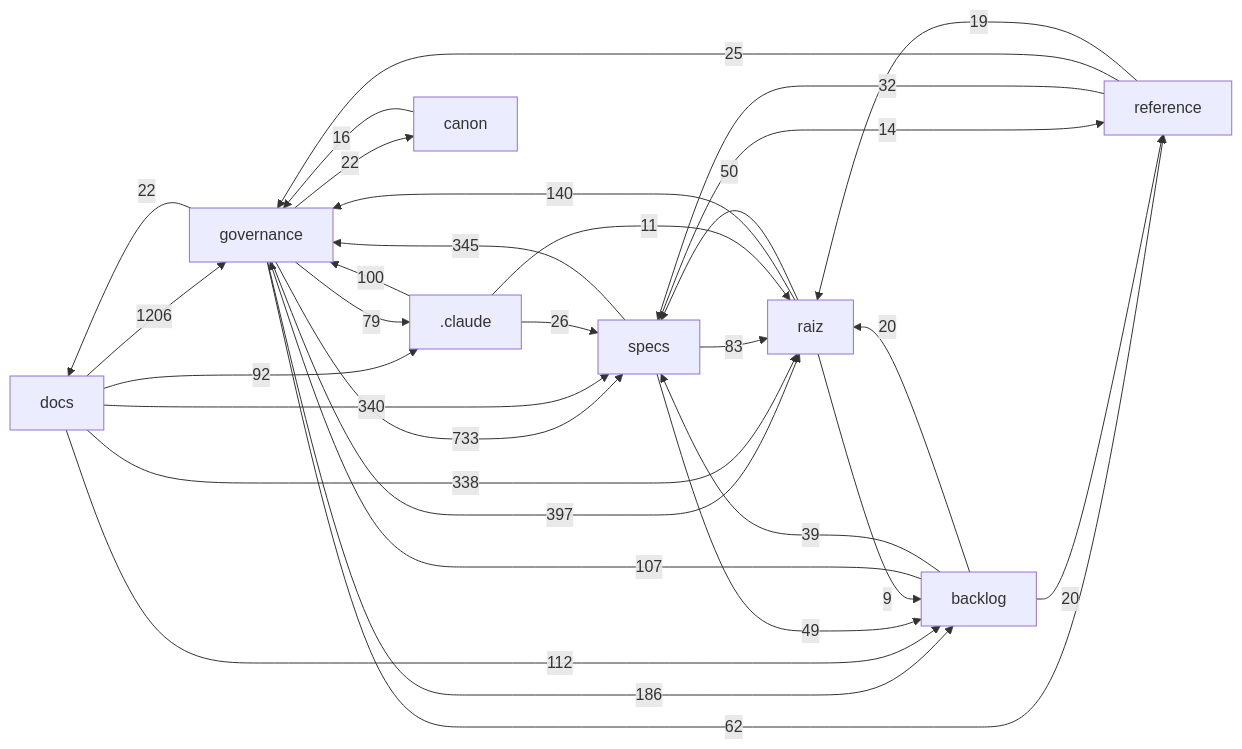
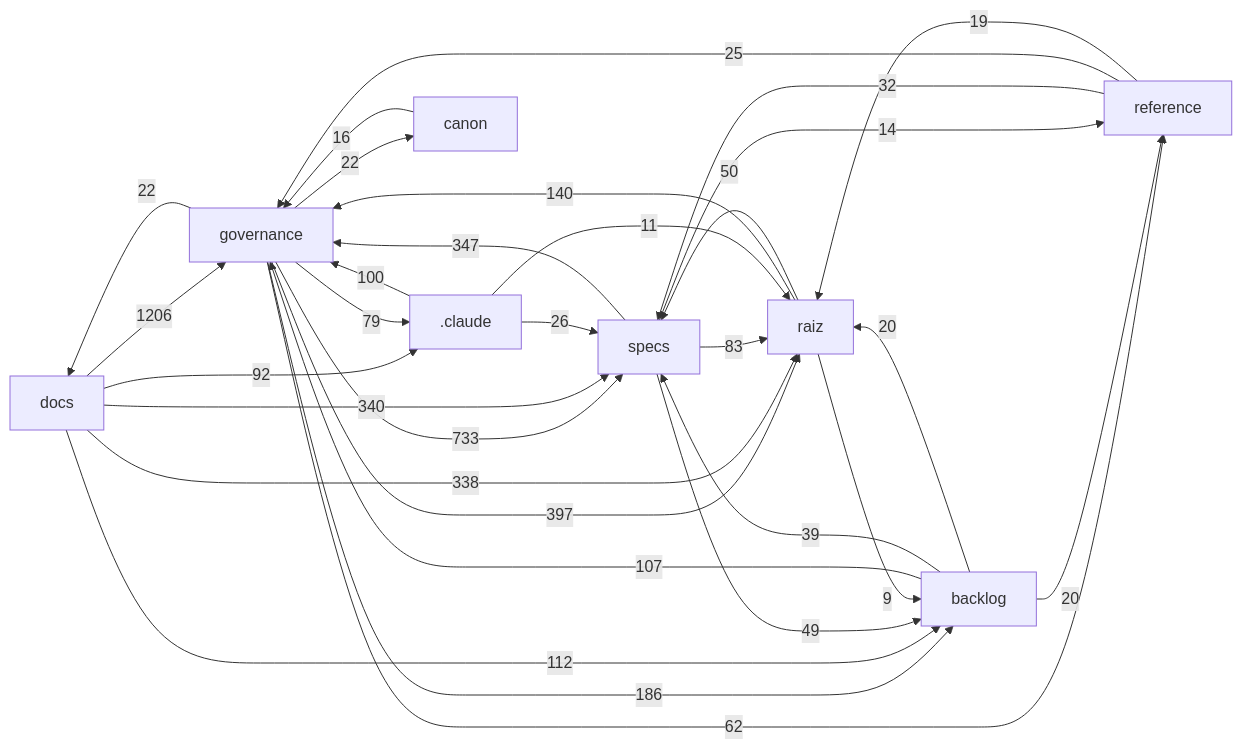
One commit to Andraus35/Sistema-Operacional-de-Trading--SOT changed the diagram in docs/mapa/MAPA-PROJETO.md. Above: the diagram before and after it, drawn with Mermaid. The commit also changed other lines of this file and 3 other files, not shown here.

````diff
--- a/docs/mapa/MAPA-PROJETO.md
+++ b/docs/mapa/MAPA-PROJETO.md
@@ -29,33 +29,33 @@
 ```mermaid
 flowchart LR
   docs["docs"] -->|1206| governance["governance"]
   governance["governance"] -->|733| specs["specs"]
   governance["governance"] -->|397| raiz["raiz"]
-  specs["specs"] -->|345| governance["governance"]
+  specs["specs"] -->|347| governance["governance"]
   docs["docs"] -->|340| specs["specs"]
   docs["docs"] -->|338| raiz["raiz"]
   governance["governance"] -->|186| backlog["backlog"]
   raiz["raiz"] -->|140| governance["governance"]
   docs["docs"] -->|112| backlog["backlog"]
   backlog["backlog"] -->|107| governance["governance"]
   _claude[".claude"] -->|100| governance["governance"]
   docs["docs"] -->|92| _claude[".claude"]
   specs["specs"] -->|83| raiz["raiz"]
   governance["governance"] -->|79| _claude[".claude"]
   governance["governance"] -->|62| reference["reference"]
   raiz["raiz"] -->|50| specs["specs"]
   specs["specs"] -->|49| backlog["backlog"]
   backlog["backlog"] -->|39| specs["specs"]
   reference["reference"] -->|32| specs["specs"]
   _claude[".claude"] -->|26| specs["specs"]
   reference["reference"] -->|25| governance["governance"]
   governance["governance"] -->|22| docs["docs"]
   governance["governance"] -->|22| canon["canon"]
   backlog["backlog"] -->|20| raiz["raiz"]
   backlog["backlog"] -->|20| reference["reference"]
   reference["reference"] -->|19| raiz["raiz"]
   canon["canon"] -->|16| governance["governance"]
   specs["specs"] -->|14| reference["reference"]
   _claude[".claude"] -->|11| raiz["raiz"]
   raiz["raiz"] -->|9| backlog["backlog"]
 ```
````
